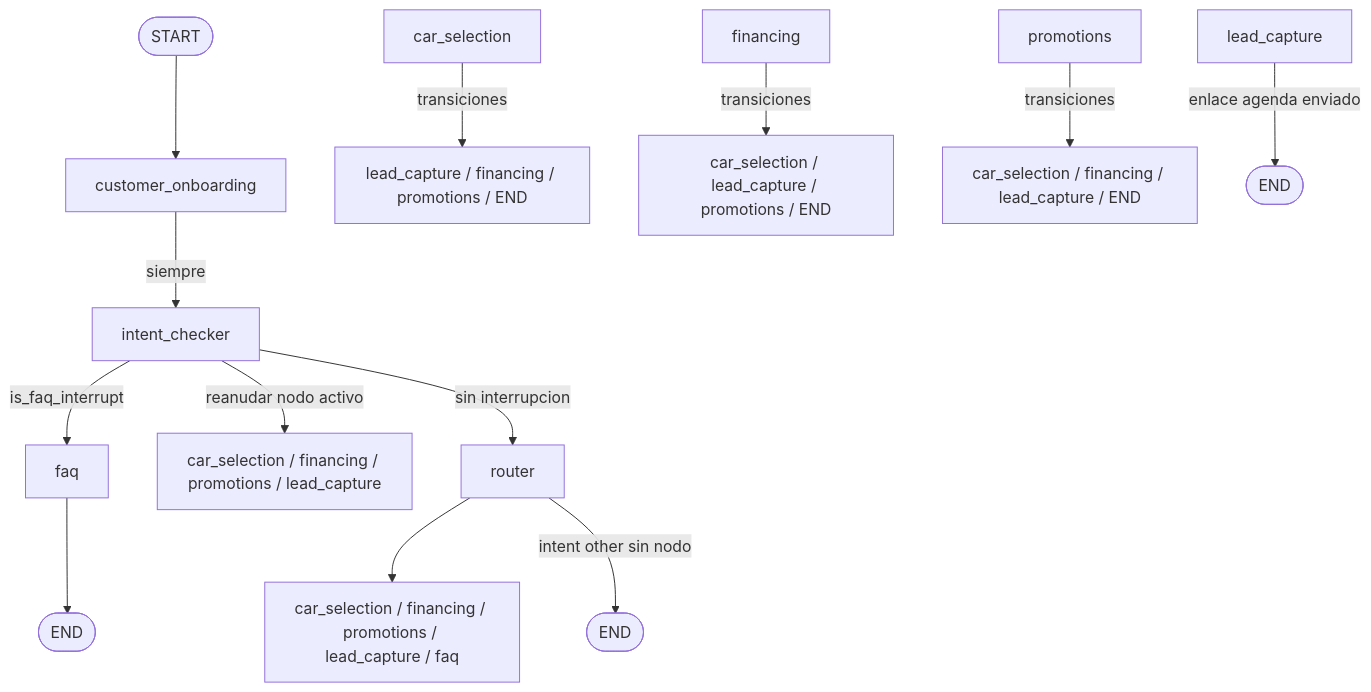
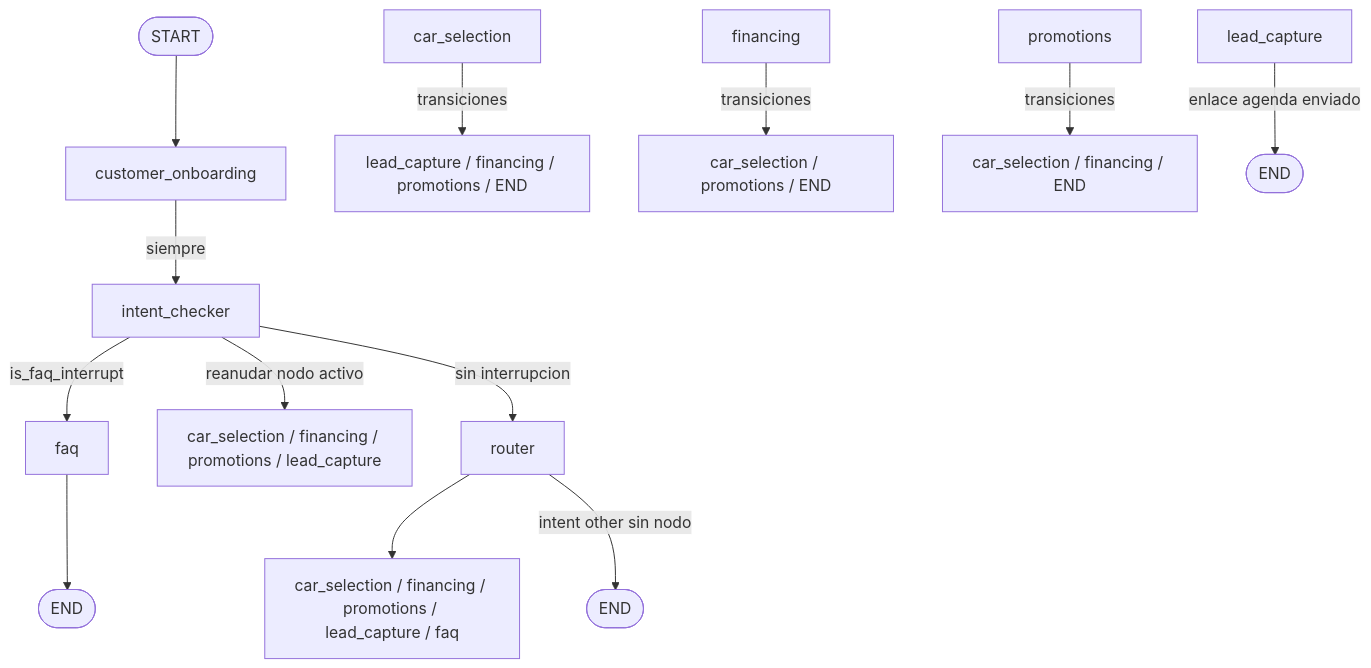
One commit to JoseManuelGdlO/car-advisor-bot changed the second of 11 diagrams in bot/docs/flujo-completo.md. Above: the diagram before and after it, drawn with Mermaid. The commit also changed other lines of this file and 24 other files, not shown here.

First line of the commit message:
refactor: financing and promotions nodes for informative responses

````diff
--- a/bot/docs/flujo-completo.md
+++ b/bot/docs/flujo-completo.md
@@ -70,15 +70,15 @@
 ```mermaid
 flowchart TD
     start([START]) --> onboarding[customer_onboarding]
     onboarding -->|siempre| intentChecker[intent_checker]
     intentChecker -->|is_faq_interrupt| faq[faq]
     intentChecker -->|reanudar nodo activo| domainResume["car_selection / financing / promotions / lead_capture"]
     intentChecker -->|sin interrupcion| router[router]
     router --> domain["car_selection / financing / promotions / lead_capture / faq"]
     router -->|intent other sin nodo| endOther([END])
     car_selection -->|transiciones| nextCS["lead_capture / financing / promotions / END"]
-    financing -->|transiciones| nextFin["car_selection / lead_capture / promotions / END"]
-    promotions -->|transiciones| nextProm["car_selection / financing / lead_capture / END"]
+    financing -->|transiciones| nextFin["car_selection / promotions / END"]
+    promotions -->|transiciones| nextProm["car_selection / financing / END"]
     lead_capture -->|enlace agenda enviado| endLead([END])
     faq --> endFaq([END])
 ```
````
